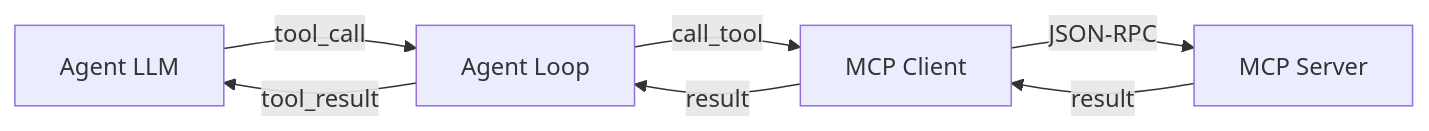
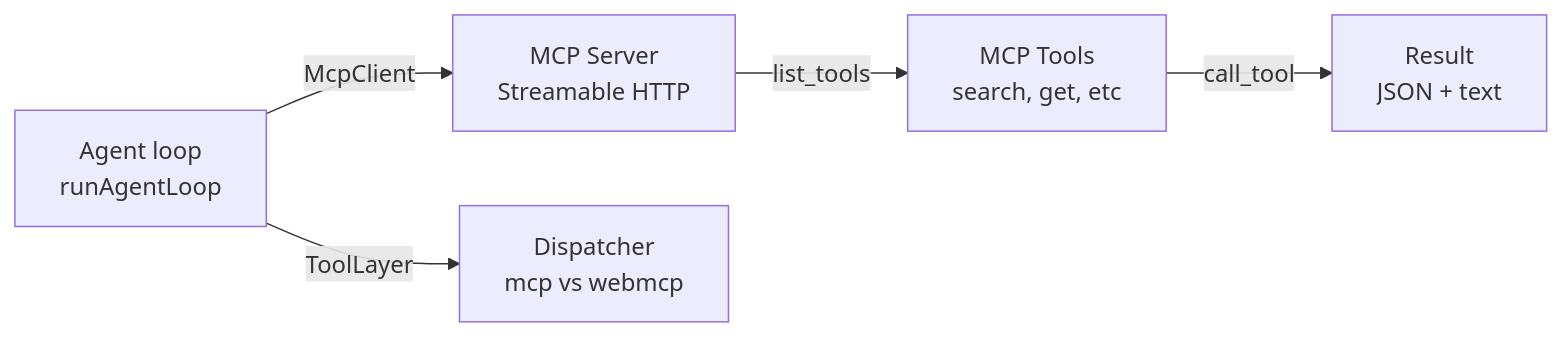
The diagram in docs-site/src/content/docs/en/tutorials/connect-mcp-server.mdx (jeanbaptiste/webmcp-auto-ui), drawn with Mermaid before and after one commit. The commit also changed other lines of this file and 23 other files, not shown here.

````diff
--- a/docs-site/src/content/docs/en/tutorials/connect-mcp-server.mdx
+++ b/docs-site/src/content/docs/en/tutorials/connect-mcp-server.mdx
@@ -17,9 +12,7 @@
 ```mermaid
 graph LR
-    A["Agent LLM"] -->|tool_call| B["Agent Loop"]
-    B -->|call_tool| C["MCP Client"]
-    C -->|JSON-RPC| D["MCP Server"]
-    D -->|result| C
-    C -->|result| B
-    B -->|tool_result| A
+  A["Agent loop<br/>runAgentLoop"] -->|McpClient| B["MCP Server<br/>Streamable HTTP"]
+  B -->|list_tools| C["MCP Tools<br/>search, get, etc"]
+  C -->|call_tool| D["Result<br/>JSON + text"]
+  A -->|ToolLayer| E["Dispatcher<br/>mcp vs webmcp"]
 ```
````
